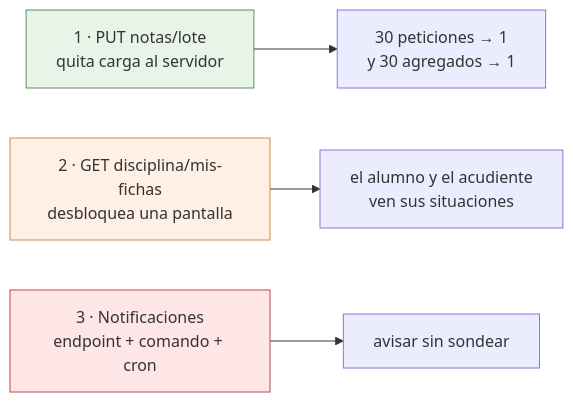
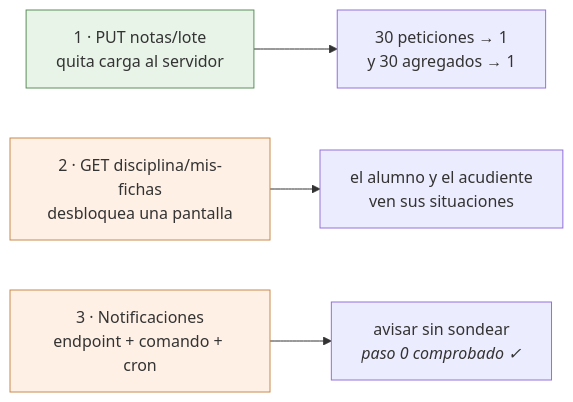
The diagram in docs/backend-pendiente.md (bluesky777/myvc_flutter), drawn with Mermaid before and after one commit. The commit also changed other lines of this file and 2 other files, not shown here.

First line of the commit message:
docs(notificaciones): el paso 0, comprobado en el servidor

````diff
--- a/docs/backend-pendiente.md
+++ b/docs/backend-pendiente.md
@@ -11,10 +11,10 @@
 ```mermaid
 flowchart LR
     A["1 · PUT notas/lote<br/>quita carga al servidor"] --> A1["30 peticiones → 1<br/>y 30 agregados → 1"]
     B["2 · GET disciplina/mis-fichas<br/>desbloquea una pantalla"] --> B1["el alumno y el acudiente<br/>ven sus situaciones"]
-    C["3 · Notificaciones<br/>endpoint + comando + cron"] --> C1["avisar sin sondear"]
+    C["3 · Notificaciones<br/>endpoint + comando + cron"] --> C1["avisar sin sondear<br/><i>paso 0 comprobado ✓</i>"]
 
     style A fill:#e8f4e8,stroke:#5a8f5a
     style B fill:#fff0e6,stroke:#c98a4b
-    style C fill:#ffe6e6,stroke:#c04b4b
+    style C fill:#fff0e6,stroke:#c98a4b
 ```
````
